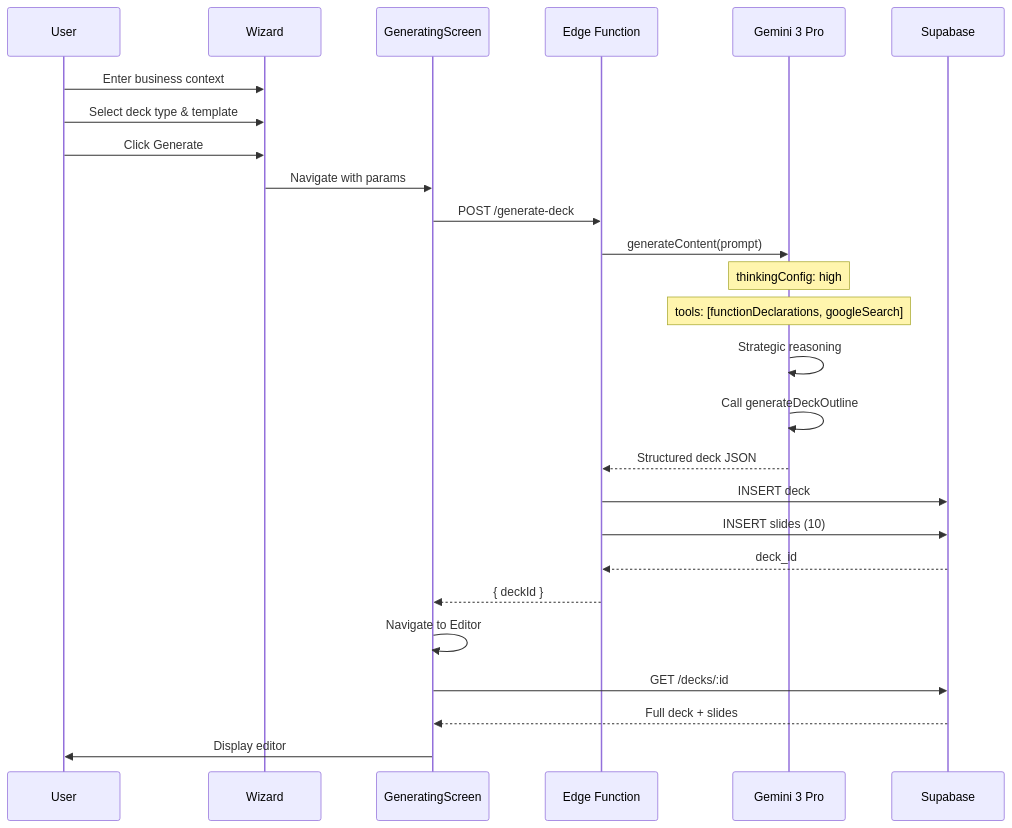
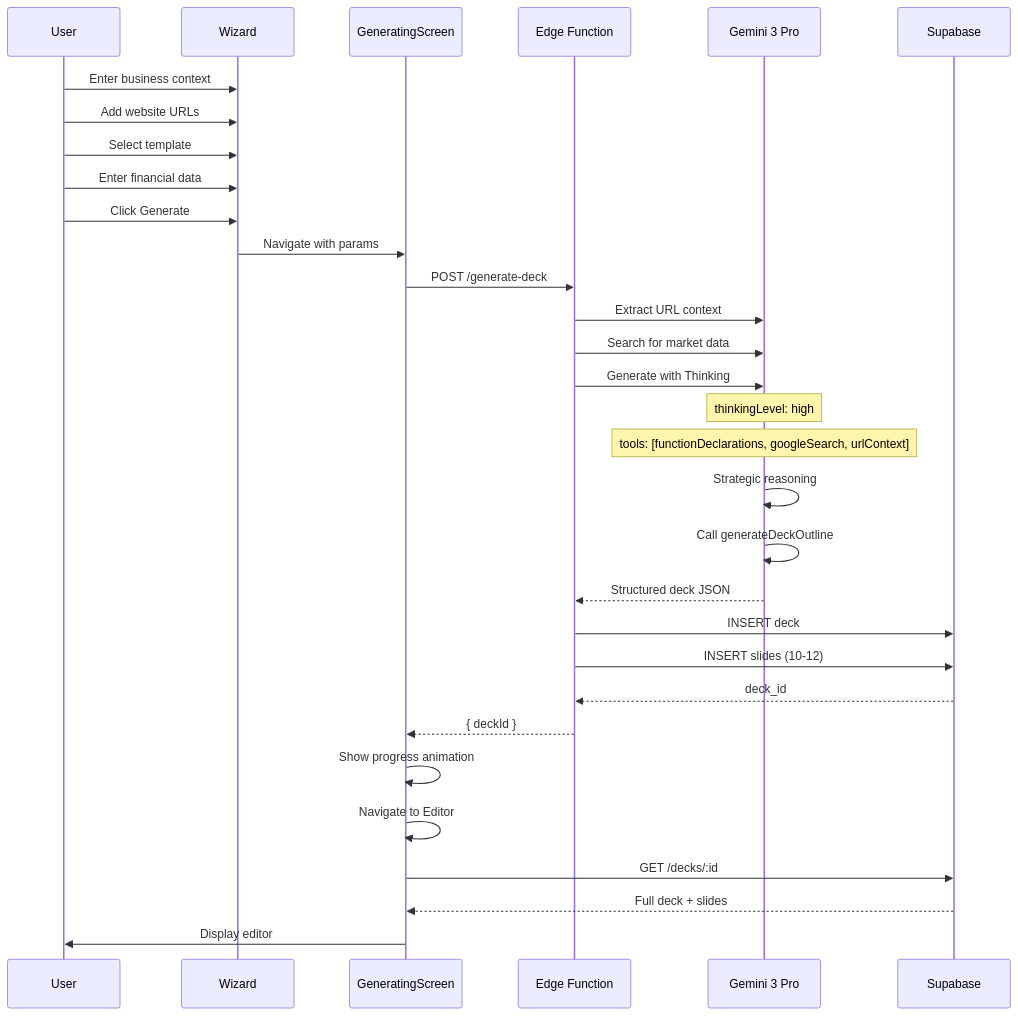
Before and after one commit to amo-tech-ai/sun100: the first of 5 diagrams in plan/todo/03-pitch-deck.md, drawn with Mermaid. The commit also changed other lines of this file, not shown here.

Commit message:
Update Pitch Deck PRD with complete Gemini 3 features, Figma Make integration, and progress tracker

````diff
--- a/plan/todo/03-pitch-deck.md
+++ b/plan/todo/03-pitch-deck.md
@@ -1136,34 +820,39 @@
 ```mermaid
 sequenceDiagram
     participant U as User
     participant W as Wizard
     participant G as GeneratingScreen
     participant E as Edge Function
     participant AI as Gemini 3 Pro
     participant DB as Supabase
 
     U->>W: Enter business context
-    U->>W: Select deck type & template
+    U->>W: Add website URLs
+    U->>W: Select template
+    U->>W: Enter financial data
     U->>W: Click Generate
     W->>G: Navigate with params
     
     G->>E: POST /generate-deck
-    E->>AI: generateContent(prompt)
+    E->>AI: Extract URL context
+    E->>AI: Search for market data
+    E->>AI: Generate with Thinking
     
-    Note over AI: thinkingConfig: high
-    Note over AI: tools: [functionDeclarations, googleSearch]
+    Note over AI: thinkingLevel: high
+    Note over AI: tools: [functionDeclarations, googleSearch, urlContext]
     
     AI->>AI: Strategic reasoning
     AI->>AI: Call generateDeckOutline
     AI-->>E: Structured deck JSON
     
     E->>DB: INSERT deck
-    E->>DB: INSERT slides (10)
+    E->>DB: INSERT slides (10-12)
     DB-->>E: deck_id
     E-->>G: { deckId }
     
+    G->>G: Show progress animation
     G->>G: Navigate to Editor
     G->>DB: GET /decks/:id
     DB-->>G: Full deck + slides
     G->>U: Display editor
 ```
````
